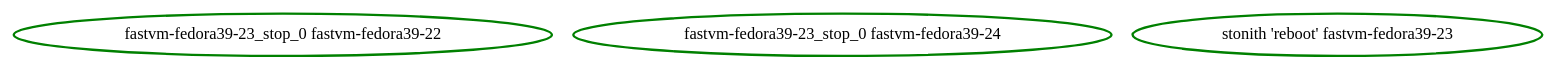
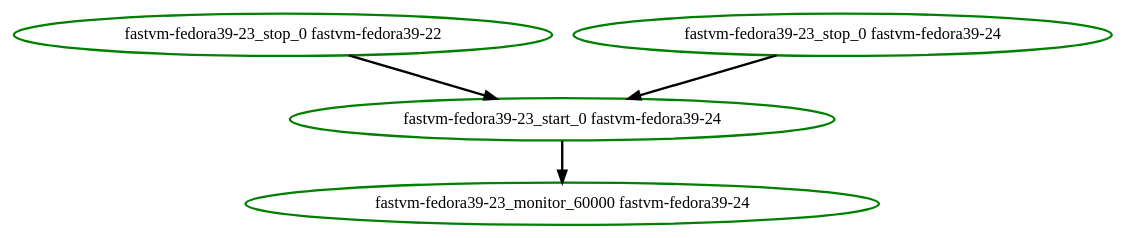
The diagram in cts/scheduler/dot/remote-partial-migrate3.dot (ClusterLabs/pacemaker), drawn with Graphviz before and after one commit. The commit also changed 11 other files, not shown here.

```diff
--- a/cts/scheduler/dot/remote-partial-migrate3.dot
+++ b/cts/scheduler/dot/remote-partial-migrate3.dot
@@ -1,5 +1,9 @@
  digraph "g" {
+"fastvm-fedora39-23_monitor_60000 fastvm-fedora39-24" [ style=bold color="green" fontcolor="black"]
+"fastvm-fedora39-23_start_0 fastvm-fedora39-24" -> "fastvm-fedora39-23_monitor_60000 fastvm-fedora39-24" [ style = bold]
+"fastvm-fedora39-23_start_0 fastvm-fedora39-24" [ style=bold color="green" fontcolor="black"]
+"fastvm-fedora39-23_stop_0 fastvm-fedora39-22" -> "fastvm-fedora39-23_start_0 fastvm-fedora39-24" [ style = bold]
 "fastvm-fedora39-23_stop_0 fastvm-fedora39-22" [ style=bold color="green" fontcolor="black"]
+"fastvm-fedora39-23_stop_0 fastvm-fedora39-24" -> "fastvm-fedora39-23_start_0 fastvm-fedora39-24" [ style = bold]
 "fastvm-fedora39-23_stop_0 fastvm-fedora39-24" [ style=bold color="green" fontcolor="black"]
-"stonith 'reboot' fastvm-fedora39-23" [ style=bold color="green" fontcolor="black"]
 }
```
